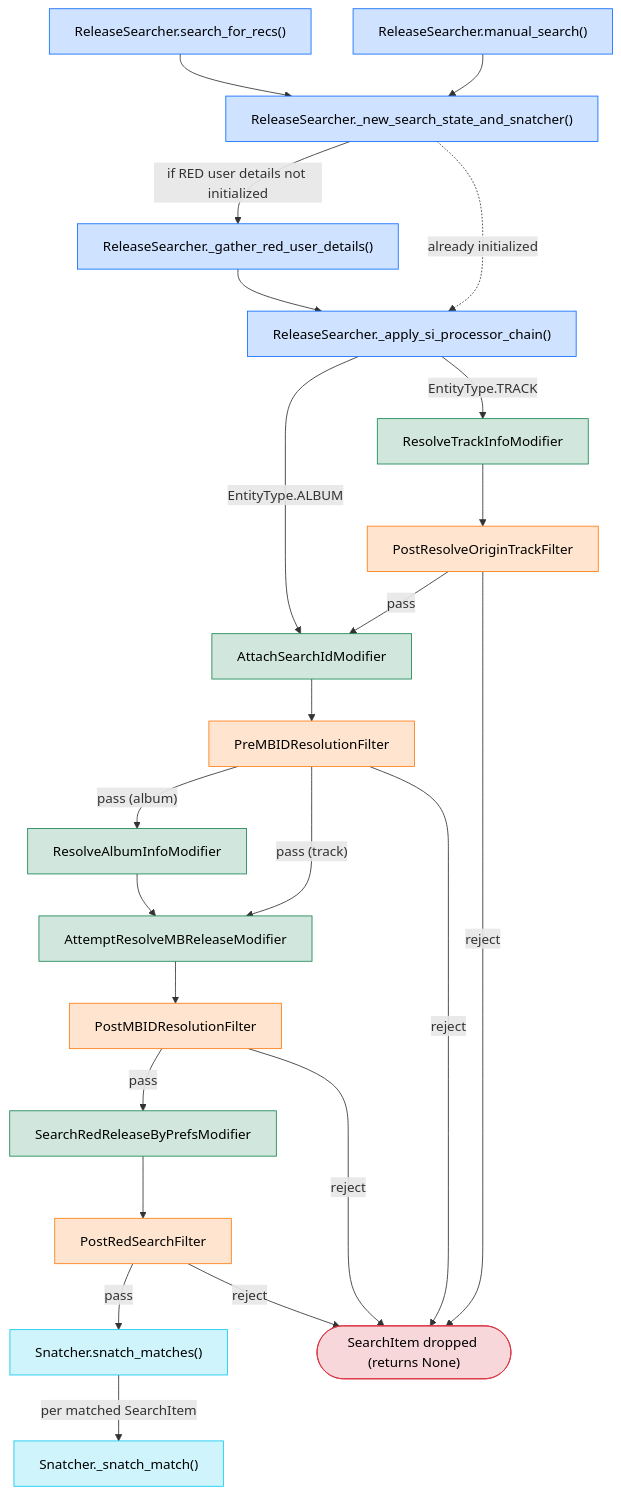
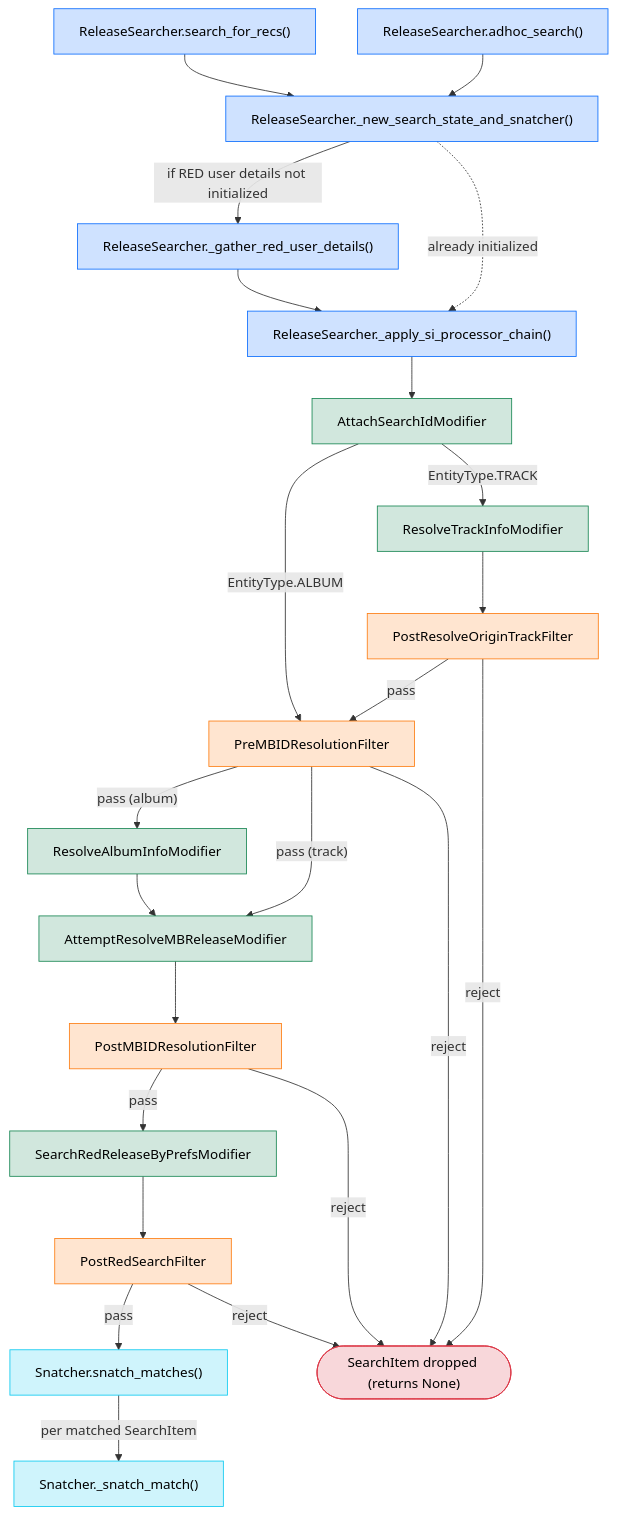
The first of 2 diagrams in plastered/release_search/search_process_overview.md (windexvalence/plastered), drawn with Mermaid before and after one commit. The commit also changed other lines of this file and 127 other files, not shown here.

````diff
--- a/plastered/release_search/search_process_overview.md
+++ b/plastered/release_search/search_process_overview.md
@@ -24,65 +24,65 @@
 ```mermaid
 flowchart TD
     %% ── ReleaseSearcher entrypoints & orchestration ──
     SFR["ReleaseSearcher.search_for_recs()"]
-    MS["ReleaseSearcher.manual_search()"]
+    MS["ReleaseSearcher.adhoc_search()"]
     NEW_STATE["ReleaseSearcher._new_search_state_and_snatcher()"]
     GRUD["ReleaseSearcher._gather_red_user_details()"]
     APPLY["ReleaseSearcher._apply_si_processor_chain()"]
     SNATCHES["Snatcher.snatch_matches()"]
     SNATCH["Snatcher._snatch_match()"]
     DROP(["SearchItem dropped (returns None)"])
 
     %% ── Processors ──
     RESOLVE_TRACK["ResolveTrackInfoModifier"]
     POST_TRACK["PostResolveOriginTrackFilter"]
     ATTACH["AttachSearchIdModifier"]
     PREMBID["PreMBIDResolutionFilter"]
     RESOLVE_ALBUM["ResolveAlbumInfoModifier"]
     ATTEMPT_MB["AttemptResolveMBReleaseModifier"]
     POSTMBID["PostMBIDResolutionFilter"]
     SEARCH_RED["SearchRedReleaseByPrefsModifier"]
     POST_RED["PostRedSearchFilter"]
 
     SFR --> NEW_STATE
     MS --> NEW_STATE
     NEW_STATE -->|"if RED user details not initialized"| GRUD
     NEW_STATE -.->|"already initialized"| APPLY
     GRUD --> APPLY
 
-    APPLY -->|"EntityType.ALBUM"| ATTACH
-    APPLY -->|"EntityType.TRACK"| RESOLVE_TRACK
+    APPLY --> ATTACH
+    ATTACH -->|"EntityType.ALBUM"| PREMBID
+    ATTACH -->|"EntityType.TRACK"| RESOLVE_TRACK
 
     RESOLVE_TRACK --> POST_TRACK
-    POST_TRACK -->|pass| ATTACH
+    POST_TRACK -->|pass| PREMBID
     POST_TRACK -->|reject| DROP
 
-    ATTACH --> PREMBID
     PREMBID -->|"pass (album)"| RESOLVE_ALBUM
     PREMBID -->|"pass (track)"| ATTEMPT_MB
     PREMBID -->|reject| DROP
     RESOLVE_ALBUM --> ATTEMPT_MB
 
     ATTEMPT_MB --> POSTMBID
     POSTMBID -->|pass| SEARCH_RED
     POSTMBID -->|reject| DROP
 
     SEARCH_RED --> POST_RED
     POST_RED -->|pass| SNATCHES
     POST_RED -->|reject| DROP
 
     SNATCHES -->|"per matched SearchItem"| SNATCH
 
     %% ── Styling ──
     classDef rsMethod fill:#cfe2ff,stroke:#0d6efd,color:#000;
     classDef snatcher fill:#cff4fc,stroke:#0dcaf0,color:#000;
     classDef modifier fill:#d1e7dd,stroke:#198754,color:#000;
     classDef filter fill:#ffe5d0,stroke:#fd7e14,color:#000;
     classDef terminal fill:#f8d7da,stroke:#dc3545,color:#000;
 
     class SFR,MS,NEW_STATE,GRUD,APPLY rsMethod;
     class SNATCHES,SNATCH snatcher;
     class RESOLVE_TRACK,ATTACH,RESOLVE_ALBUM,ATTEMPT_MB,SEARCH_RED modifier;
     class POST_TRACK,PREMBID,POSTMBID,POST_RED filter;
     class DROP terminal;
 ```
````
